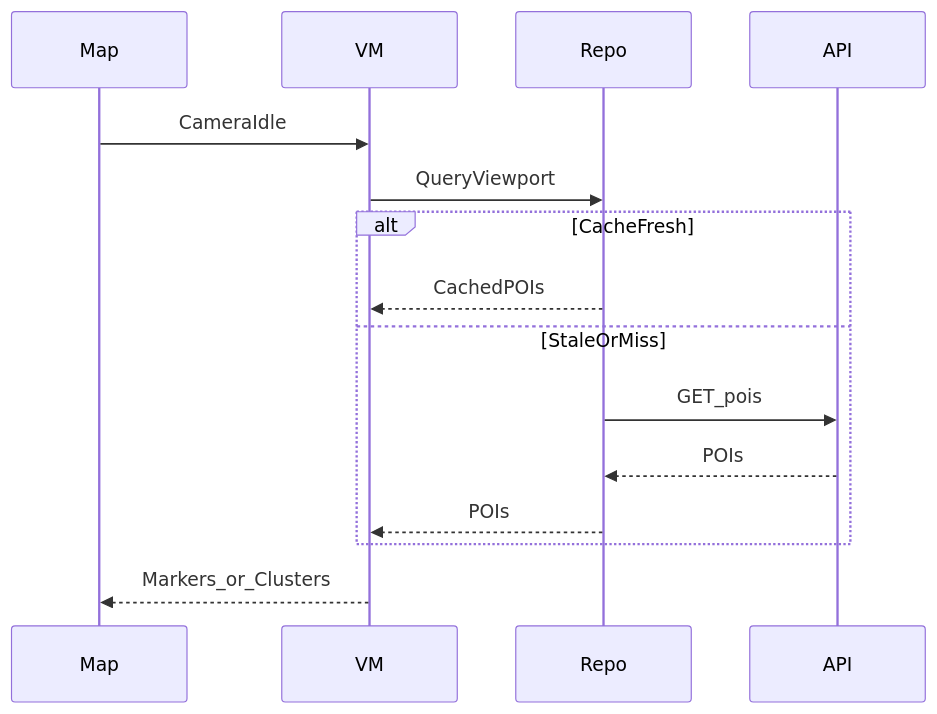
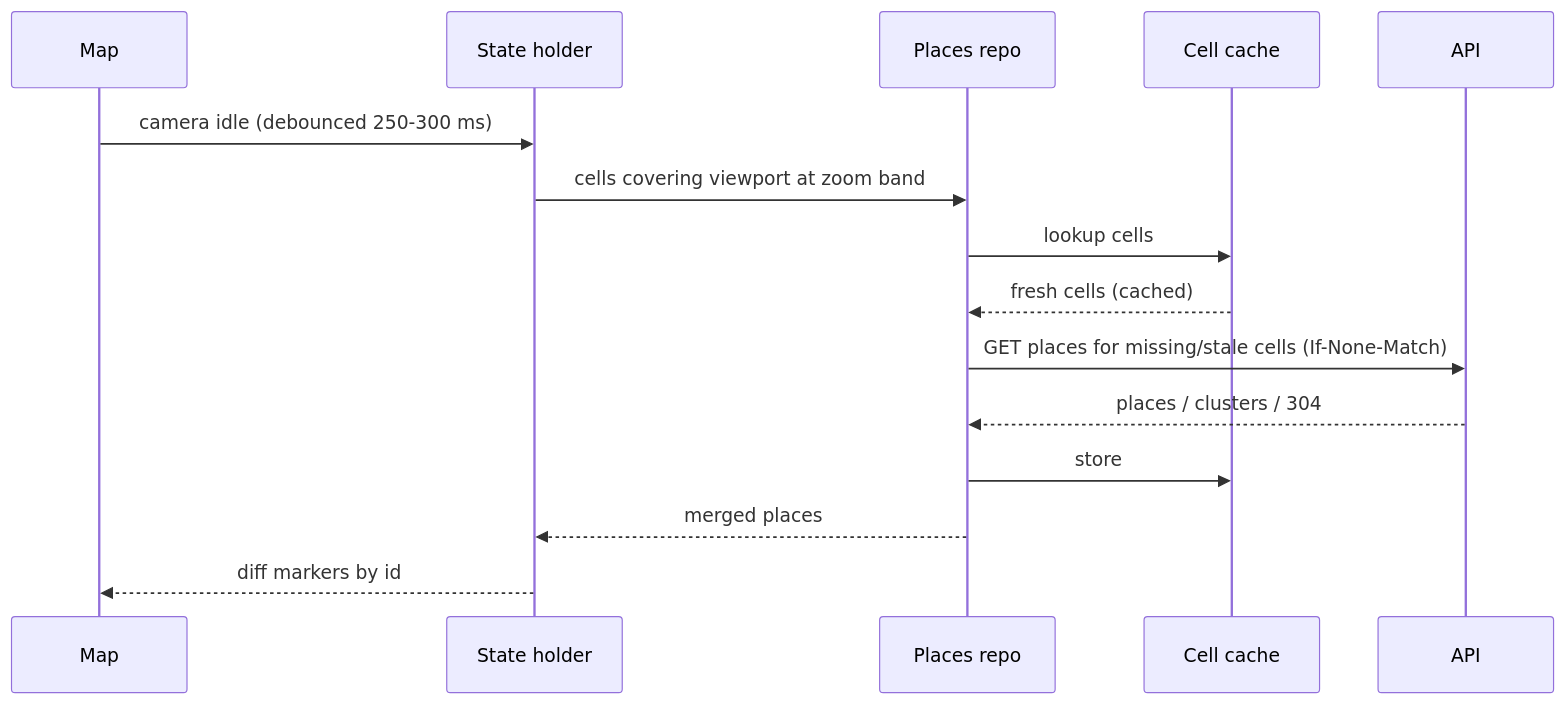
Before and after one commit to yadavsandeep24/san_system_design: the second of 2 diagrams in book/part-3-consumer-apps/23-maps-location.md, drawn with Mermaid. The commit also changed other lines of this file, not shown here.

````diff
--- a/book/part-3-consumer-apps/23-maps-location.md
+++ b/book/part-3-consumer-apps/23-maps-location.md
@@ -71,17 +128,17 @@
 ```mermaid
 sequenceDiagram
-  participant Map
-  participant VM
-  participant Repo
+  participant M as Map
+  participant VM as State holder
+  participant R as Places repo
+  participant C as Cell cache
   participant API
-  Map->>VM: CameraIdle
-  VM->>Repo: QueryViewport
-  alt CacheFresh
-    Repo-->>VM: CachedPOIs
-  else StaleOrMiss
-    Repo->>API: GET_pois
-    API-->>Repo: POIs
-    Repo-->>VM: POIs
-  end
-  VM-->>Map: Markers_or_Clusters
+  M->>VM: camera idle (debounced 250-300 ms)
+  VM->>R: cells covering viewport at zoom band
+  R->>C: lookup cells
+  C-->>R: fresh cells (cached)
+  R->>API: GET places for missing/stale cells (If-None-Match)
+  API-->>R: places / clusters / 304
+  R->>C: store
+  R-->>VM: merged places
+  VM-->>M: diff markers by id
 ```
````
